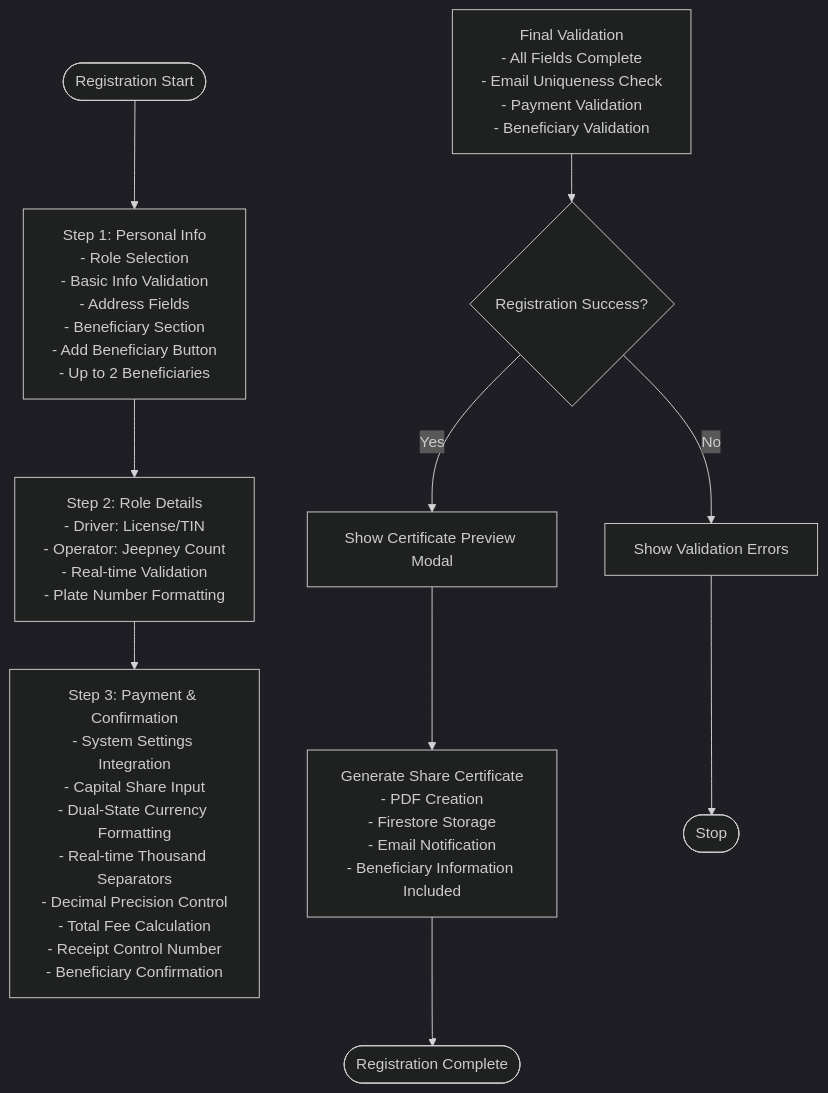
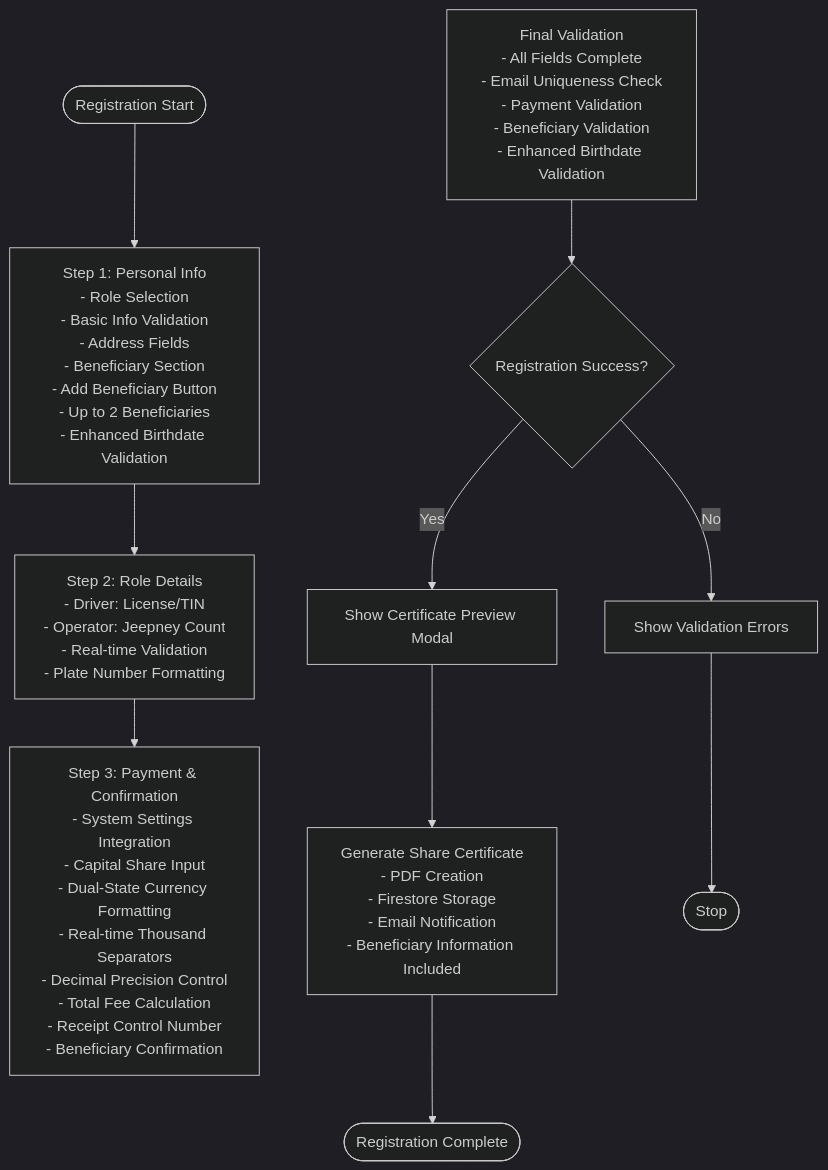
One commit to Unsure-bry/sampacoop_system changed the third of 7 diagrams in .qoder/repowiki/en/content/Member Management System/Member Registration Workflow.md. Above: the diagram before and after it, drawn with Mermaid (dark theme). The commit also changed other lines of this file and 5 other files, not shown here.

````diff
--- a/.qoder/repowiki/en/content/Member Management System/Member Registration Workflow.md
+++ b/.qoder/repowiki/en/content/Member Management System/Member Registration Workflow.md
@@ -261,13 +282,13 @@
 ```mermaid
 flowchart TD
-Start(["Registration Start"]) --> Step1["Step 1: Personal Info<br/>- Role Selection<br/>- Basic Info Validation<br/>- Address Fields<br/>- Beneficiary Section<br/>- Add Beneficiary Button<br/>- Up to 2 Beneficiaries"]
+Start(["Registration Start"]) --> Step1["Step 1: Personal Info<br/>- Role Selection<br/>- Basic Info Validation<br/>- Address Fields<br/>- Beneficiary Section<br/>- Add Beneficiary Button<br/>- Up to 2 Beneficiaries<br/>- Enhanced Birthdate Validation"]
 Step1 --> Step2["Step 2: Role Details<br/>- Driver: License/TIN<br/>- Operator: Jeepney Count<br/>- Real-time Validation<br/>- Plate Number Formatting"]
 Step2 --> Step3["Step 3: Payment & Confirmation<br/>- System Settings Integration<br/>- Capital Share Input<br/>- Dual-State Currency Formatting<br/>- Real-time Thousand Separators<br/>- Decimal Precision Control<br/>- Total Fee Calculation<br/>- Receipt Control Number<br/>- Beneficiary Confirmation"]
-Validate["Final Validation<br/>- All Fields Complete<br/>- Email Uniqueness Check<br/>- Payment Validation<br/>- Beneficiary Validation"]
+Validate["Final Validation<br/>- All Fields Complete<br/>- Email Uniqueness Check<br/>- Payment Validation<br/>- Beneficiary Validation<br/>- Enhanced Birthdate Validation"]
 Validate --> Success{"Registration Success?"}
 Success --> |Yes| CertificatePreview["Show Certificate Preview Modal"]
 Success --> |No| ShowErrors["Show Validation Errors"]
 CertificatePreview --> GenerateCert["Generate Share Certificate<br/>- PDF Creation<br/>- Firestore Storage<br/>- Email Notification<br/>- Beneficiary Information Included"]
 GenerateCert --> Complete(["Registration Complete"])
 ShowErrors --> End(["Stop"])
 ```
````
